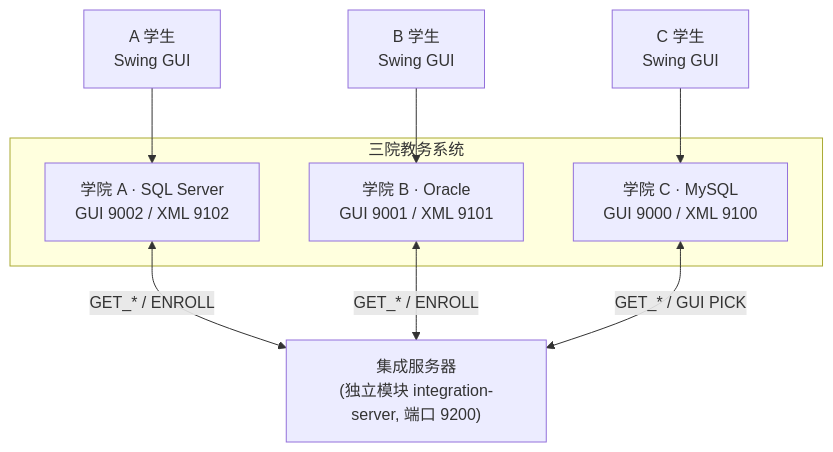
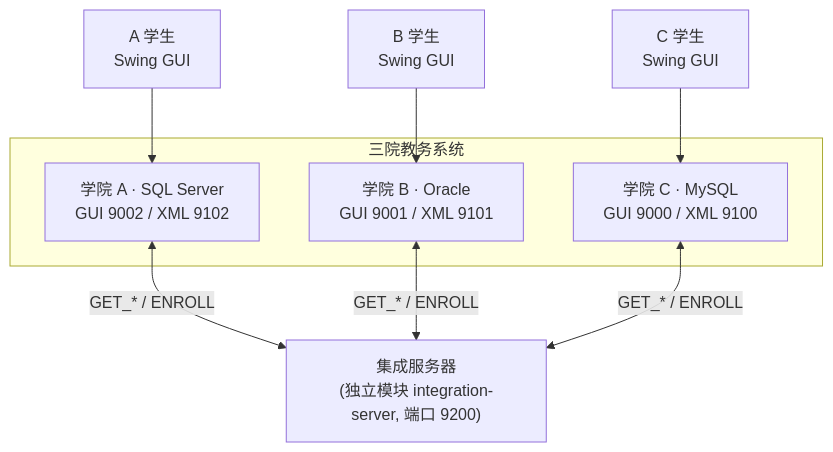
Before and after one commit to Yaelnju/integrated-edu: the fourth of 9 diagrams in docs/报告.md, drawn with Mermaid. The commit also changed other lines of this file and 17 other files, not shown here.

````diff
--- a/docs/报告.md
+++ b/docs/报告.md
@@ -184,15 +184,15 @@
 ```mermaid
 flowchart TB
     subgraph colleges [三院教务系统]
         A["学院 A · SQL Server<br/>GUI 9002 / XML 9102"]
         B["学院 B · Oracle<br/>GUI 9001 / XML 9101"]
         C["学院 C · MySQL<br/>GUI 9000 / XML 9100"]
     end
     IS["集成服务器<br/>(独立模块 integration-server, 端口 9200)"]
     A <-- GET_* / ENROLL --> IS
     B <-- GET_* / ENROLL --> IS
-    C <-- GET_* / GUI PICK --> IS
+    C <-- GET_* / ENROLL --> IS
     SBA["B 学生<br/>Swing GUI"] --> B
     SCA["C 学生<br/>Swing GUI"] --> C
     SAA["A 学生<br/>Swing GUI"] --> A
 ```
````
